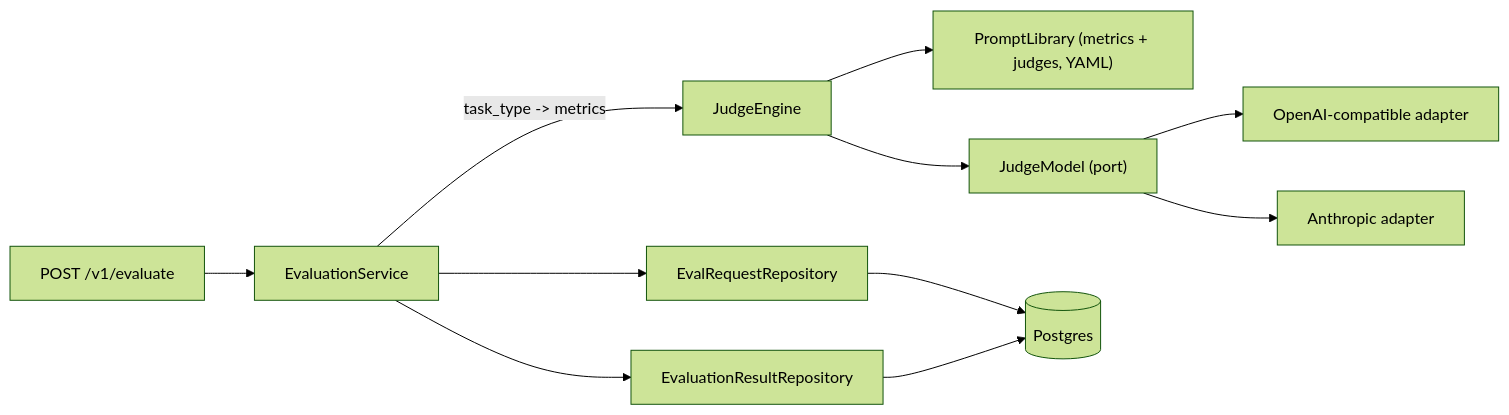
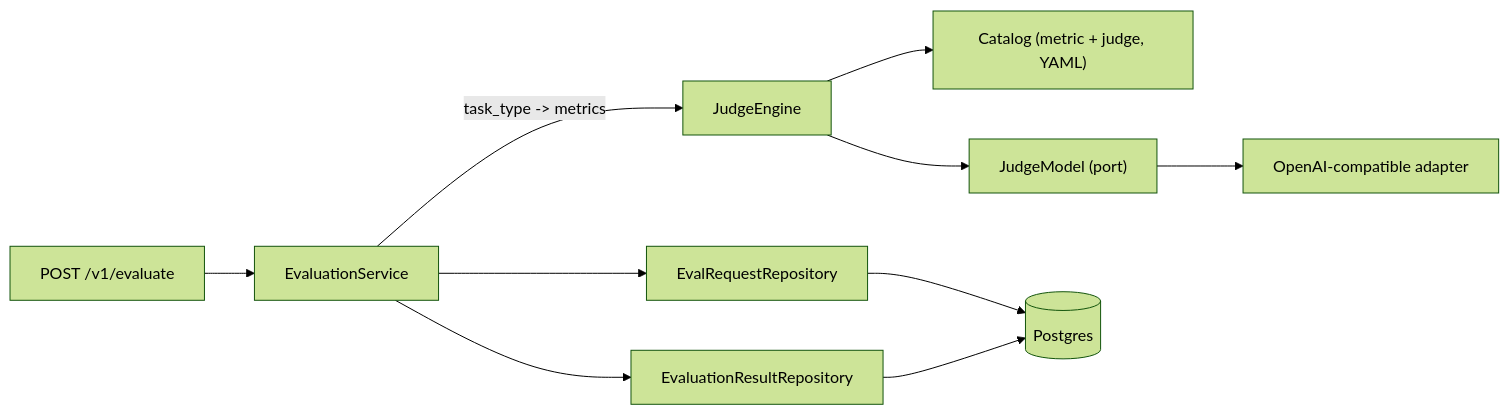
Before and after one commit to DimitarAtanassov/arc-eval-service: the diagram in docs/arc-evaluator.md, drawn with Mermaid (forest theme). The commit also changed other lines of this file and 52 other files, not shown here.

Commit message:
refactor: decouple layers and package evaluators by metric and judge

````diff
--- a/docs/arc-evaluator.md
+++ b/docs/arc-evaluator.md
@@ -18,13 +18,12 @@
 ```mermaid
 flowchart LR
     API["POST /v1/evaluate"] --> SVC["EvaluationService"]
     SVC -->|task_type -> metrics| ENG["JudgeEngine"]
-    ENG --> LIB["PromptLibrary (metrics + judges, YAML)"]
+    ENG --> LIB["Catalog (metric + judge, YAML)"]
     ENG --> PORT["JudgeModel (port)"]
     PORT --> OAI["OpenAI-compatible adapter"]
-    PORT --> ANT["Anthropic adapter"]
     SVC --> REQ["EvalRequestRepository"]
     SVC --> RES["EvaluationResultRepository"]
     REQ --> DB[("Postgres")]
     RES --> DB
 ```
````
